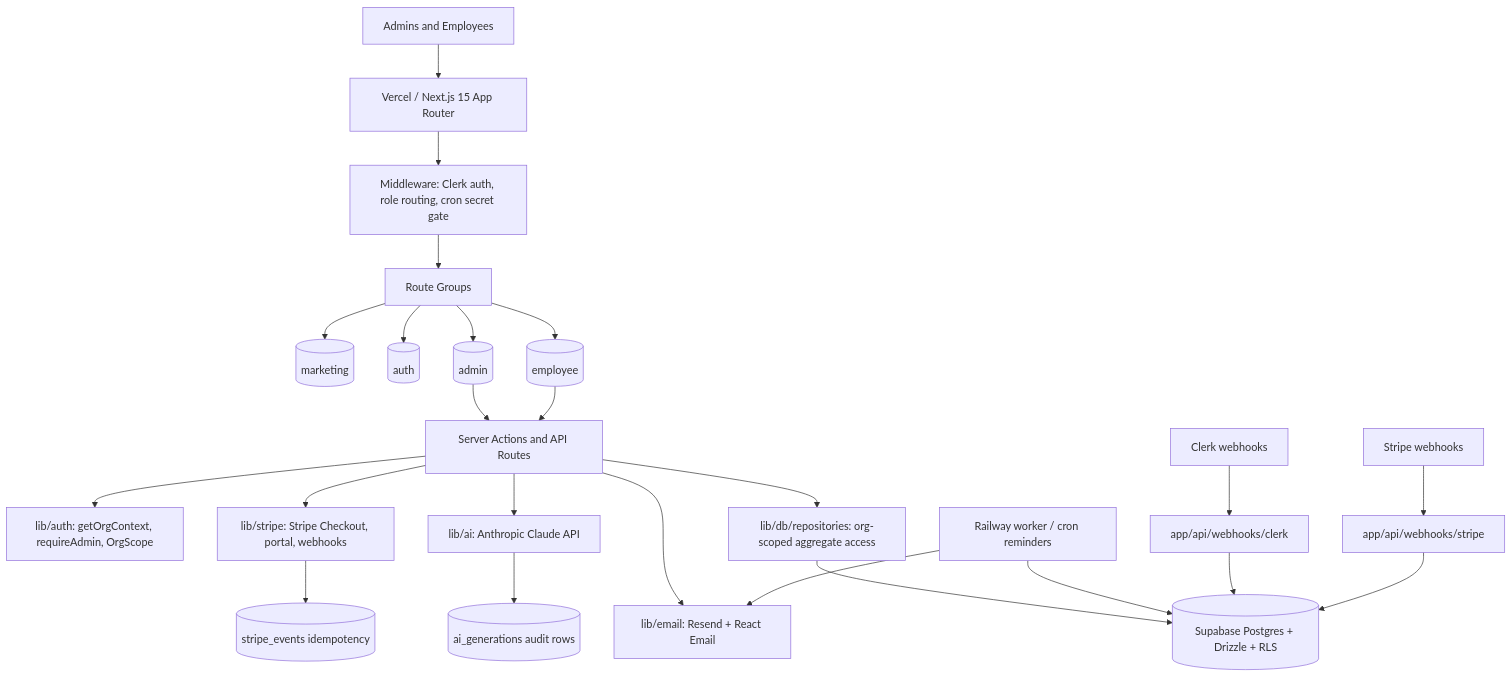
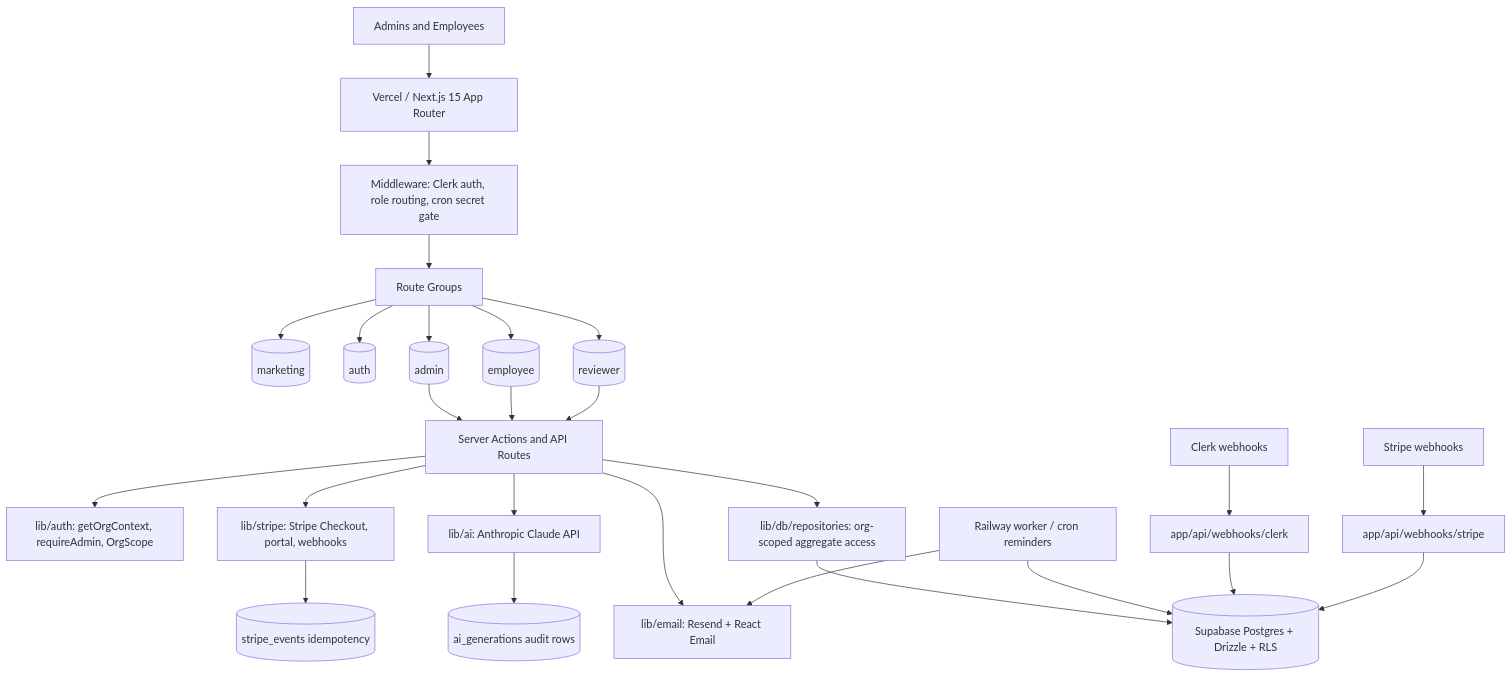
One commit to mmtuentertainment/PolicyPilot changed the diagram in .planning/consultant/system_map.md. Above: the diagram before and after it, drawn with Mermaid. The commit also changed other lines of this file and 36 other files, not shown here.

````diff
--- a/.planning/consultant/system_map.md
+++ b/.planning/consultant/system_map.md
@@ -19,33 +19,35 @@
 ```mermaid
 flowchart TD
   U[Admins and Employees] --> V[Vercel / Next.js 15 App Router]
 
   V --> M[Middleware: Clerk auth, role routing, cron secret gate]
   M --> RG[Route Groups]
   RG --> PUB[(marketing)]
   RG --> AUTH[(auth)]
   RG --> ADMIN[(admin)]
   RG --> EMP[(employee)]
+  RG --> REV[(reviewer)]
 
   ADMIN --> SA[Server Actions and API Routes]
   EMP --> SA
+  REV --> SA
   SA --> AUTHLIB[lib/auth: getOrgContext, requireAdmin, OrgScope]
   SA --> REPOS[lib/db/repositories: org-scoped aggregate access]
   REPOS --> DB[(Supabase Postgres + Drizzle + RLS)]
 
   SA --> AI[lib/ai: Anthropic Claude API]
   AI --> AIGEN[(ai_generations audit rows)]
 
   SA --> STRIPE[lib/stripe: Stripe Checkout, portal, webhooks]
   STRIPE --> STRIPE_EVENTS[(stripe_events idempotency)]
 
   SA --> EMAIL[lib/email: Resend + React Email]
   RAILWAY[Railway worker / cron reminders] --> EMAIL
   RAILWAY --> DB
 
   CLERK[Clerk webhooks] --> WH[app/api/webhooks/clerk]
   WH --> DB
 
   STRIPE_EXT[Stripe webhooks] --> SWH[app/api/webhooks/stripe]
   SWH --> DB
 ```
````
